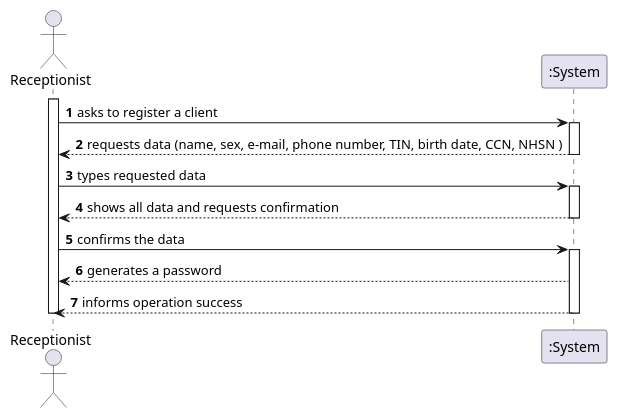
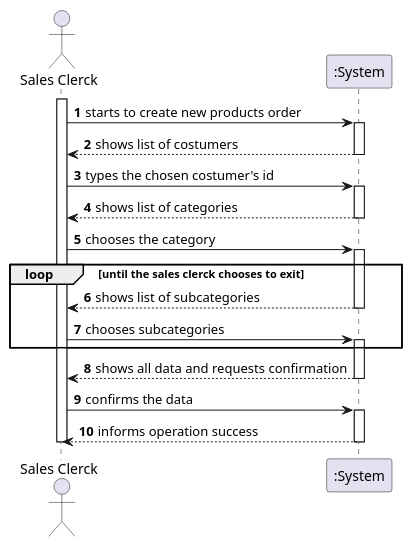
The diagram in docs/Sprint2/US1004/US1004_SSD.puml (marttuga/LAPR4-SmartSystems), drawn with PlantUML before and after one commit. The commit also changed 7 other files, not shown here.

```diff
--- a/docs/Sprint2/US1004/US1004_SSD.puml
+++ b/docs/Sprint2/US1004/US1004_SSD.puml
@@ -1,25 +1,43 @@
 @startuml
 autonumber
-actor "Receptionist" as Receptionist
+actor "Sales Clerck" as SC
 
-activate Receptionist
-Receptionist -> ":System" : asks to register a client
+
+activate SC
+SC -> ":System" : starts to create new products order
 activate ":System"
-":System" --> Receptionist : requests data (name, sex, e-mail, phone number, TIN, birth date, CCN, NHSN )
+
+":System" --> SC : shows list of costumers
 deactivate ":System"
 
-Receptionist -> ":System" : types requested data
+SC -> ":System" : types the chosen costumer's id
 activate ":System"
-":System" --> Receptionist : shows all data and requests confirmation
+
+":System" --> SC : shows list of categories
 deactivate ":System"
 
-Receptionist -> ":System" : confirms the data
+SC -> ":System" : chooses the category
 activate ":System"
 
-":System" --> Receptionist : generates a password
+loop until the sales clerck chooses to exit
+":System" --> SC : shows list of subcategories
+deactivate ":System"
 
-":System" --> Receptionist : informs operation success
+
+SC -> ":System" : chooses subcategories
+activate ":System"
+
+end loop
+
+
+
+":System" --> SC :shows all data and requests confirmation
 deactivate ":System"
-deactivate Receptionist
+SC -> ":System" : confirms the data
+
+activate ":System"
+":System" --> SC : informs operation success
+deactivate ":System"
+deactivate SC
 
 @enduml
```
